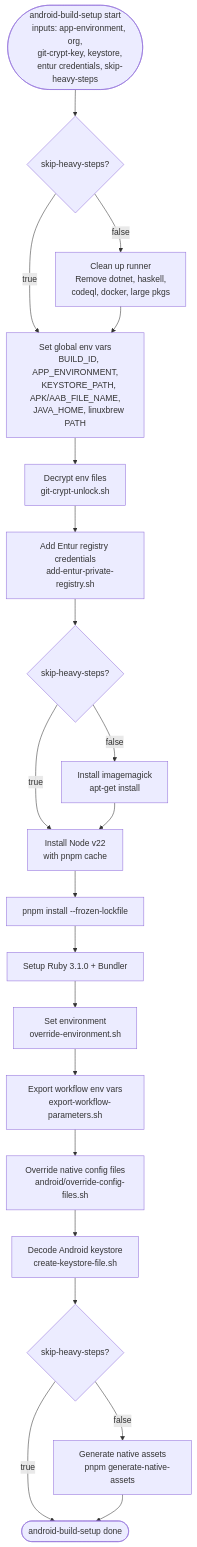
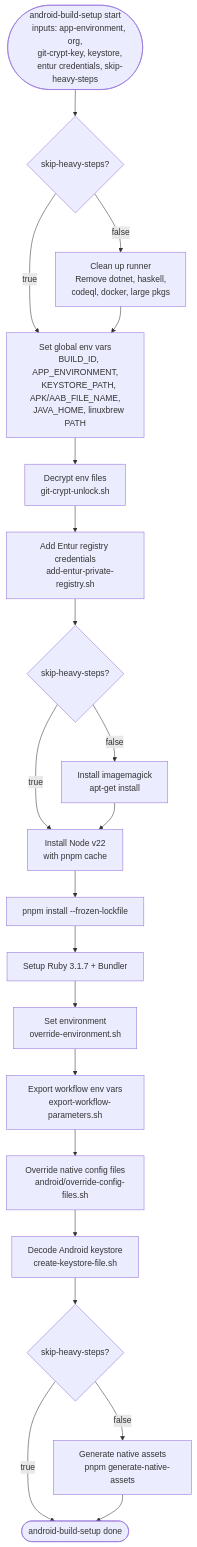
Before and after one commit to AtB-AS/mittatb-app: the second of 6 diagrams in docs/android-build-staging-graph.md, drawn with Mermaid. The commit also changed other lines of this file and 11 other files, not shown here.

````diff
--- a/docs/android-build-staging-graph.md
+++ b/docs/android-build-staging-graph.md
@@ -84,57 +84,57 @@
 ```mermaid
 flowchart TD
     start(["android-build-setup start
     inputs: app-environment, org,
     git-crypt-key, keystore,
     entur credentials, skip-heavy-steps"])
 
     start --> heavy_check1{"skip-heavy-steps?"}
 
     heavy_check1 -- "false" --> cleanup["Clean up runner
     Remove dotnet, haskell,
     codeql, docker, large pkgs"]
     heavy_check1 -- "true" --> env_vars
 
     cleanup --> env_vars["Set global env vars
     BUILD_ID, APP_ENVIRONMENT,
     KEYSTORE_PATH, APK/AAB_FILE_NAME,
     JAVA_HOME, linuxbrew PATH"]
 
     env_vars --> decrypt["Decrypt env files
     git-crypt-unlock.sh"]
 
     decrypt --> entur["Add Entur registry credentials
     add-entur-private-registry.sh"]
 
     entur --> heavy_check2{"skip-heavy-steps?"}
     heavy_check2 -- "false" --> imagemagick["Install imagemagick
     apt-get install"]
     heavy_check2 -- "true" --> node
 
     imagemagick --> node["Install Node v22
     with pnpm cache"]
 
     node --> pnpm_install["pnpm install --frozen-lockfile"]
 
-    pnpm_install --> ruby["Setup Ruby 3.1.0 + Bundler"]
+    pnpm_install --> ruby["Setup Ruby 3.1.7 + Bundler"]
 
     ruby --> set_env["Set environment
     override-environment.sh"]
 
     set_env --> export_env["Export workflow env vars
     export-workflow-parameters.sh"]
 
     export_env --> override_config["Override native config files
     android/override-config-files.sh"]
 
     override_config --> decode_ks["Decode Android keystore
     create-keystore-file.sh"]
 
     decode_ks --> heavy_check3{"skip-heavy-steps?"}
 
     heavy_check3 -- "false" --> gen_assets["Generate native assets
     pnpm generate-native-assets"]
     heavy_check3 -- "true" --> done
 
     gen_assets --> done(["android-build-setup done"])
 ```
````
